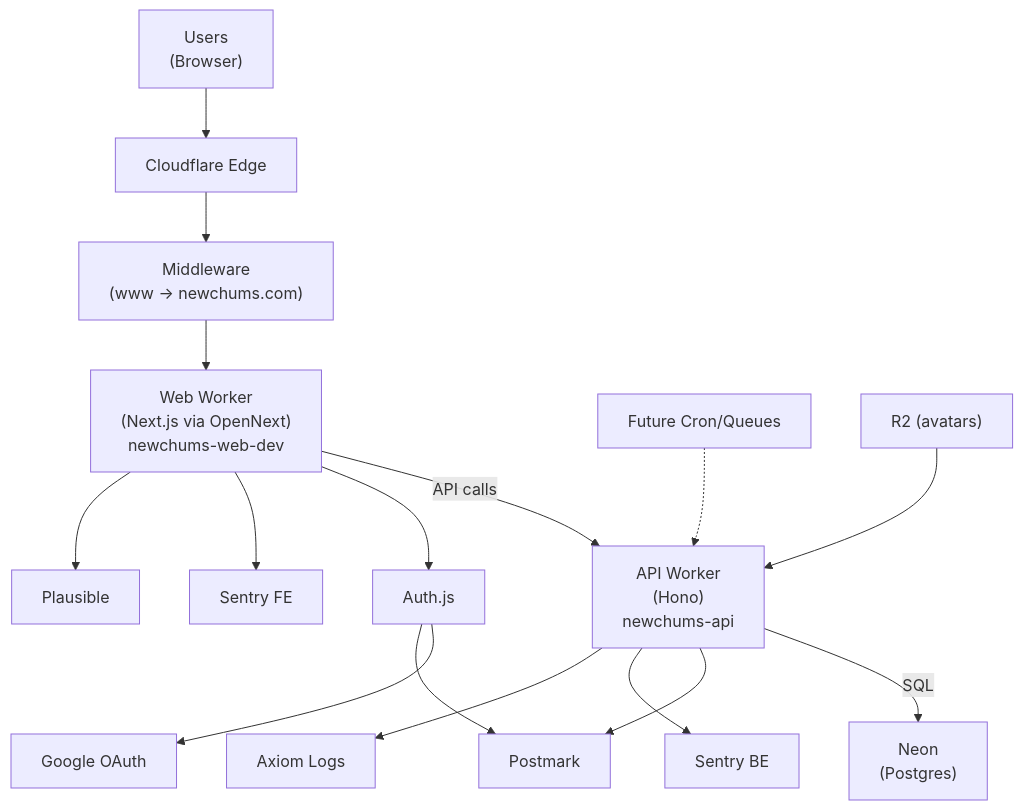
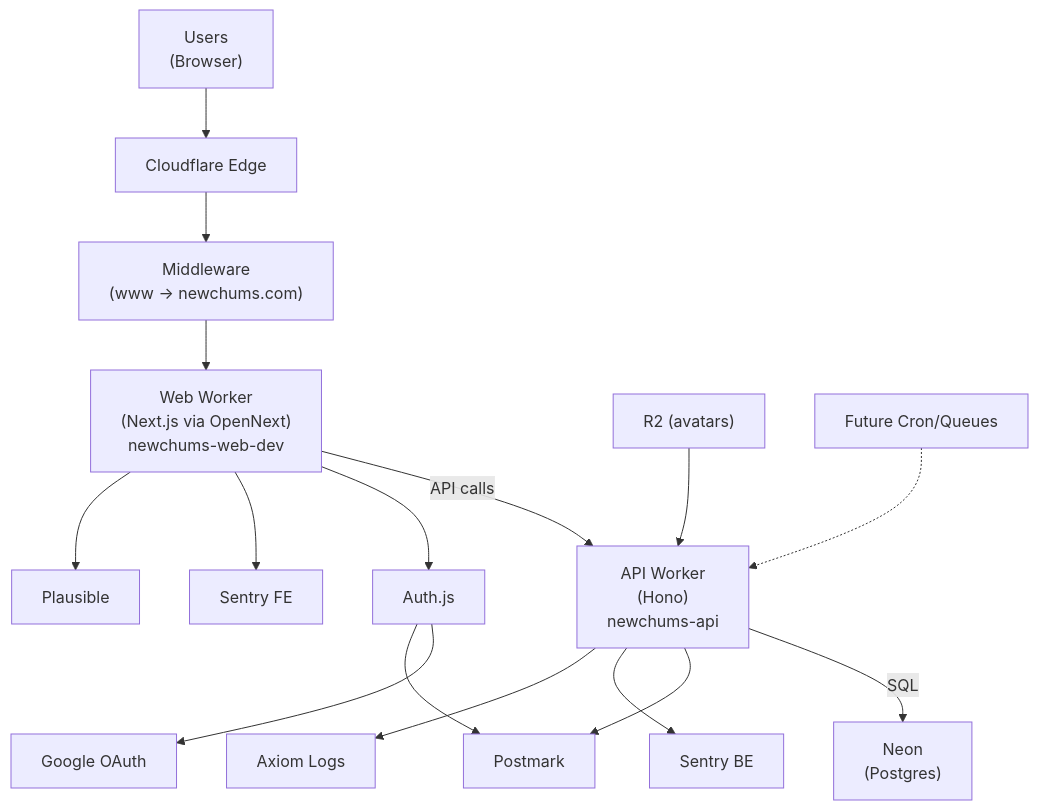
Before and after one commit to RSS705/newchums: the fourth of 4 diagrams in docs/System_Map.md, drawn with Mermaid. The commit also changed other lines of this file and 3 other files, not shown here.

````diff
--- a/docs/System_Map.md
+++ b/docs/System_Map.md
@@ -233,24 +148,23 @@
 ```mermaid
 flowchart TB
   U["Users<br/>(Browser)"] --> CF["Cloudflare Edge"]
   CF --> MW["Middleware<br/>(www → newchums.com)"]
   MW --> W["Web Worker<br/>(Next.js via OpenNext)<br/>newchums-web-dev"]
 
   W -->|"API calls"| API["API Worker<br/>(Hono)<br/>newchums-api"]
-
   API -->|"SQL"| DB["Neon<br/>(Postgres)"]
 
   W --> AUTH["Auth.js"]
   AUTH --> GOOGLE["Google OAuth"]
   AUTH --> PM["Postmark"]
 
   API --> PM
 
   W --> SENTRY_FE["Sentry FE"]
   API --> SENTRY_BE["Sentry BE"]
   API --> AX["Axiom Logs"]
   W --> PLAUS["Plausible"]
 
+  R2["R2 (avatars)"] --> API
   CRON["Future Cron/Queues"] -.-> API
-  R2["R2 (avatars)"] --> API
 ```
````
